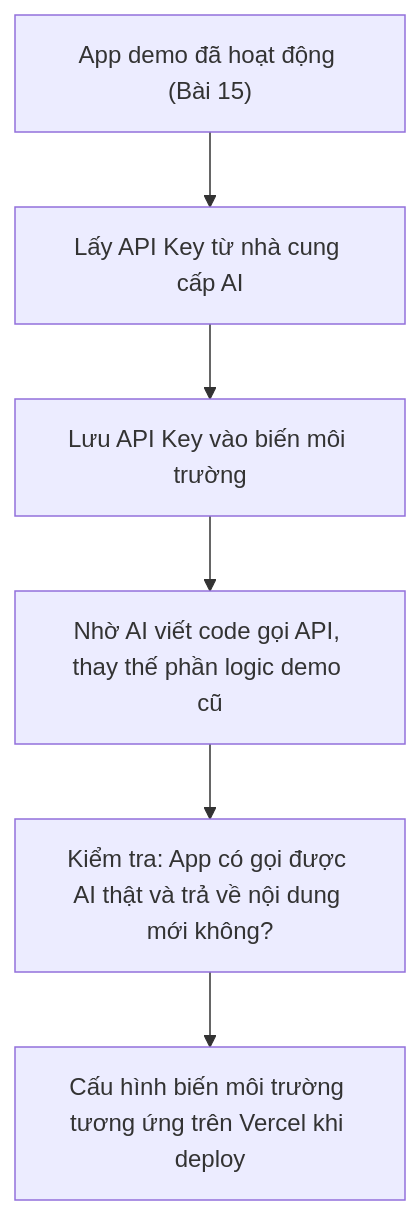
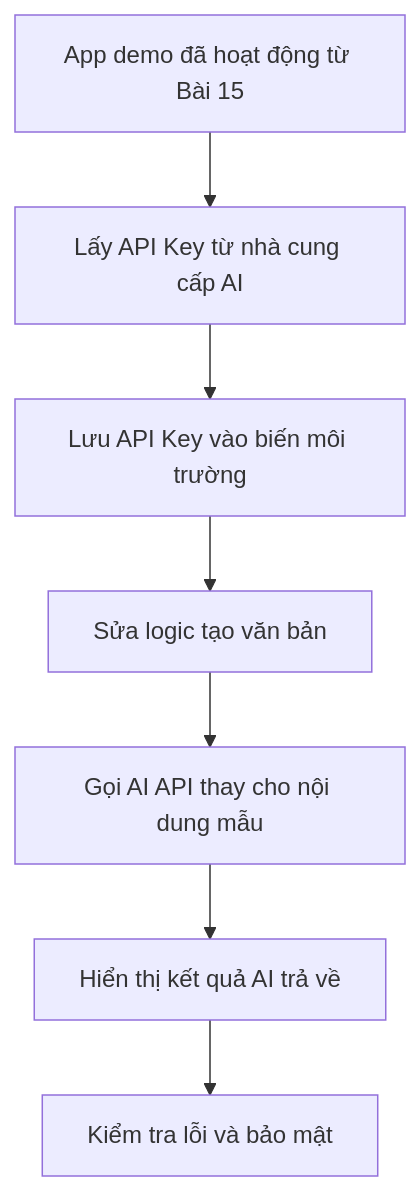
The second of 3 diagrams in khoa-hoc-vibe-coding-co-ban/Module 05 - Thuc Hanh Du An Vibe Code/17-ket-noi-ai-api-key.md (AlanKhan145/course-knowledge-base), drawn with Mermaid before and after one commit. The commit also changed other lines of this file and 19 other files, not shown here.

````diff
--- a/khoa-hoc-vibe-coding-co-ban/Module 05 - Thuc Hanh Du An Vibe Code/17-ket-noi-ai-api-key.md
+++ b/khoa-hoc-vibe-coding-co-ban/Module 05 - Thuc Hanh Du An Vibe Code/17-ket-noi-ai-api-key.md
@@ -52,8 +160,9 @@
 ```mermaid
 flowchart TD
-    A["App demo đã hoạt động (Bài 15)"] --> B["Lấy API Key từ nhà cung cấp AI"]
+    A["App demo đã hoạt động từ Bài 15"] --> B["Lấy API Key từ nhà cung cấp AI"]
     B --> C["Lưu API Key vào biến môi trường"]
-    C --> D["Nhờ AI viết code gọi API, thay thế phần logic demo cũ"]
-    D --> E["Kiểm tra: App có gọi được AI thật và trả về nội dung mới không?"]
-    E --> F["Cấu hình biến môi trường tương ứng trên Vercel khi deploy"]
+    C --> D["Sửa logic tạo văn bản"]
+    D --> E["Gọi AI API thay cho nội dung mẫu"]
+    E --> F["Hiển thị kết quả AI trả về"]
+    F --> G["Kiểm tra lỗi và bảo mật"]
 ```
````
